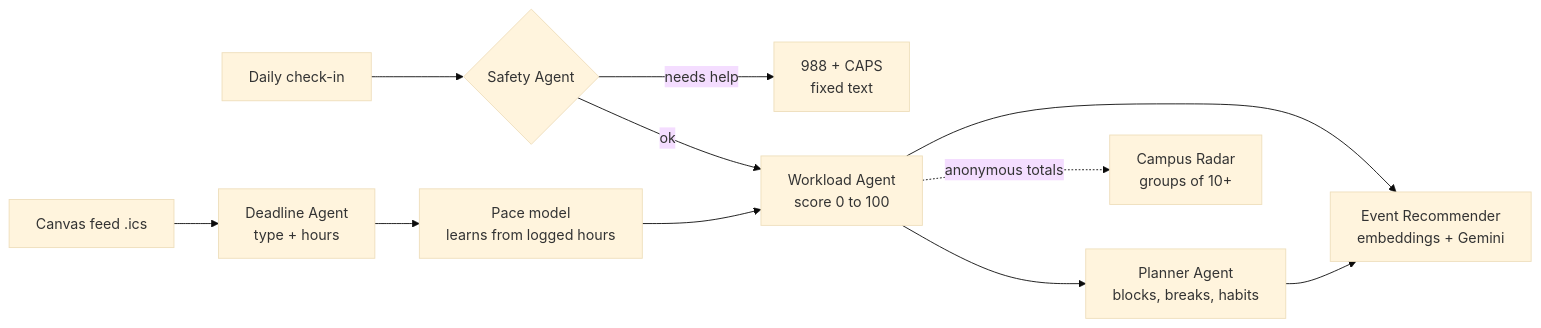
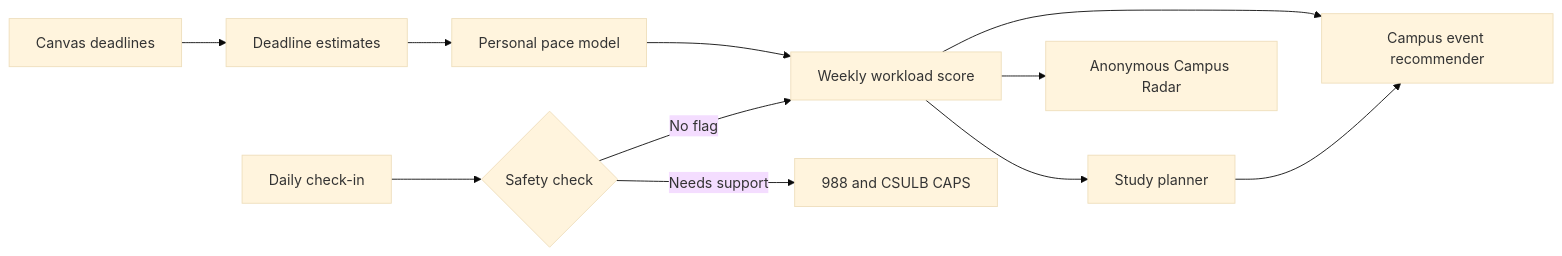
One commit to vohongvyle/beachwell changed the diagram in README.md. Above: the diagram before and after it, drawn with Mermaid (base theme). The commit also changed other lines of this file, not shown here.

Commit message:
updated code report with real event link data

````diff
--- a/README.md
+++ b/README.md
@@ -134,12 +38,13 @@
 ```mermaid
 flowchart LR
-  A[Canvas feed .ics] --> D[Deadline Agent<br/>type + hours]
-  C[Daily check-in] --> S{Safety Agent}
-  S -- needs help --> H[988 + CAPS<br/>fixed text]
-  S -- ok --> F
-  D --> P0[Pace model<br/>learns from logged hours] --> F[Workload Agent<br/>score 0 to 100]
-  F --> PL[Planner Agent<br/>blocks, breaks, habits]
-  F --> E[Event Recommender<br/>embeddings + Gemini]
-  PL --> E
-  F -. anonymous totals .-> R[Campus Radar<br/>groups of 10+]
+    A[Canvas deadlines] --> B[Deadline estimates]
+    B --> C[Personal pace model]
+    C --> D[Weekly workload score]
+    E[Daily check-in] --> F{Safety check}
+    F -->|Needs support| G[988 and CSULB CAPS]
+    F -->|No flag| D
+    D --> H[Study planner]
+    D --> I[Campus event recommender]
+    H --> I
+    D --> J[Anonymous Campus Radar]
 ```
````
